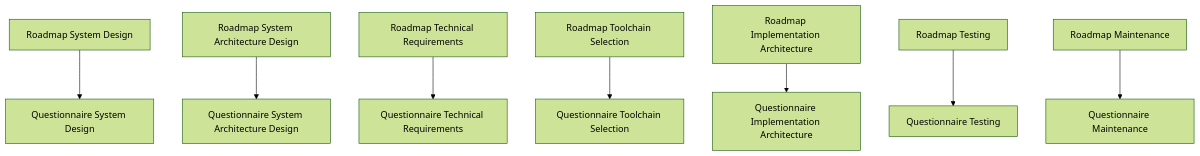
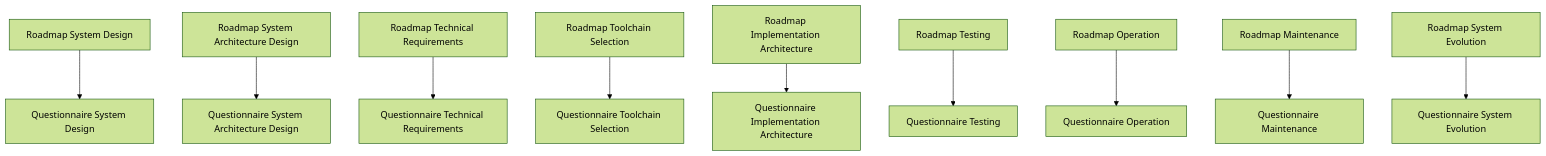
Before and after one commit to Mvil34998/Programming-Digital-Systems: the second of 5 diagrams in docs/00_maps/Documentation_Map.md, drawn with Mermaid (forest theme). The commit also changed other lines of this file, not shown here.

Commit message:
Update documentation map for operation maintenance and evolution

````diff
--- a/docs/00_maps/Documentation_Map.md
+++ b/docs/00_maps/Documentation_Map.md
@@ -263,10 +276,12 @@
 ```mermaid
 flowchart TD
     R1[Roadmap System Design] --> Q1[Questionnaire System Design]
     R2[Roadmap System Architecture Design] --> Q2[Questionnaire System Architecture Design]
     R3[Roadmap Technical Requirements] --> Q3[Questionnaire Technical Requirements]
     R4[Roadmap Toolchain Selection] --> Q4[Questionnaire Toolchain Selection]
     R5[Roadmap Implementation Architecture] --> Q5[Questionnaire Implementation Architecture]
     R6[Roadmap Testing] --> Q6[Questionnaire Testing]
-    R7[Roadmap Maintenance] --> Q7[Questionnaire Maintenance]
+    R7[Roadmap Operation] --> Q7[Questionnaire Operation]
+    R8[Roadmap Maintenance] --> Q8[Questionnaire Maintenance]
+    R9[Roadmap System Evolution] --> Q9[Questionnaire System Evolution]
 ```
````
